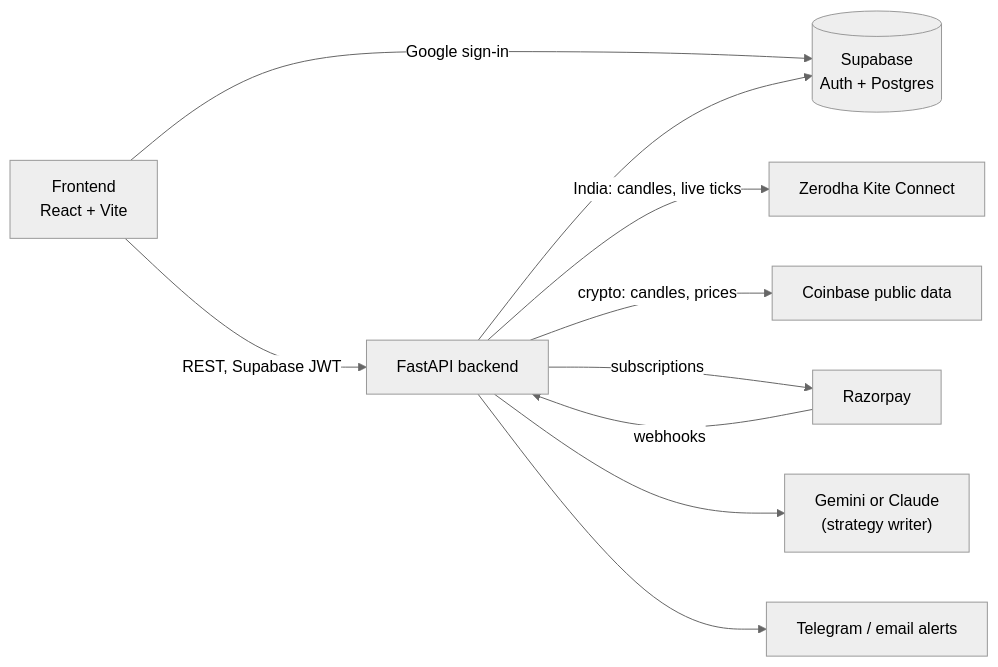
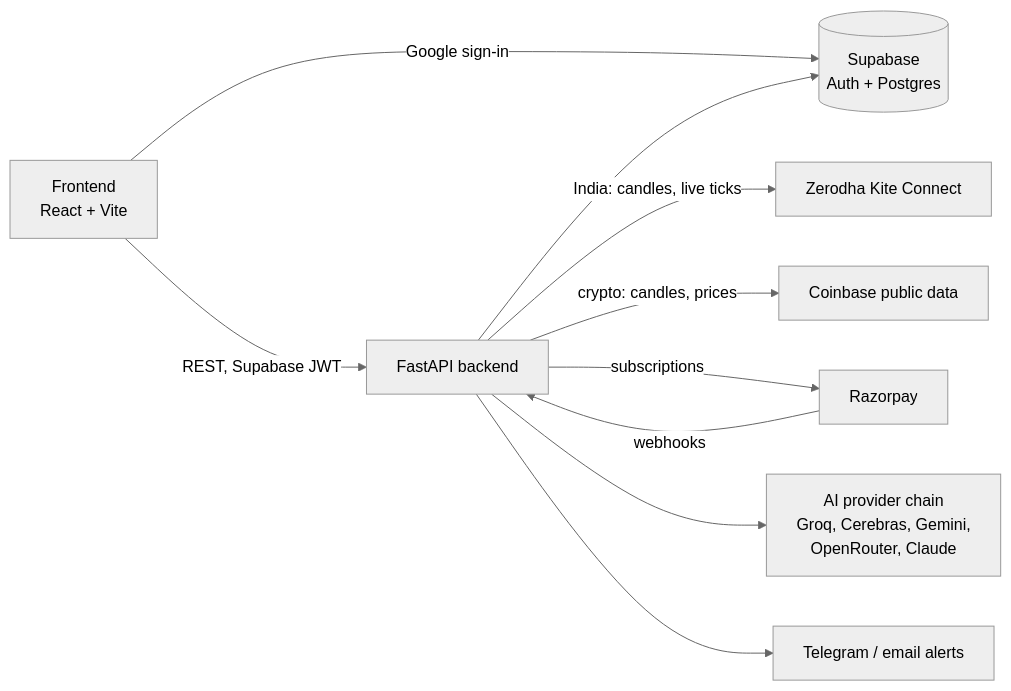
Before and after one commit to prakul1982/stratlab: the diagram in README.md, drawn with Mermaid (neutral theme). The commit also changed other lines of this file and 18 other files, not shown here.

````diff
--- a/README.md
+++ b/README.md
@@ -46,12 +74,12 @@
 ```mermaid
 flowchart LR
     UI["Frontend<br/>React + Vite"] -- "REST, Supabase JWT" --> API["FastAPI backend"]
     UI -- "Google sign-in" --> SB[("Supabase<br/>Auth + Postgres")]
     API --> SB
     API -- "India: candles, live ticks" --> KITE["Zerodha Kite Connect"]
     API -- "crypto: candles, prices" --> CB["Coinbase public data"]
     API -- "subscriptions" --> RZP["Razorpay"]
     RZP -- "webhooks" --> API
-    API --> AI["Gemini or Claude<br/>(strategy writer)"]
+    API --> AI["AI provider chain<br/>Groq, Cerebras, Gemini,<br/>OpenRouter, Claude"]
     API --> ALERT["Telegram / email alerts"]
 ```
````
